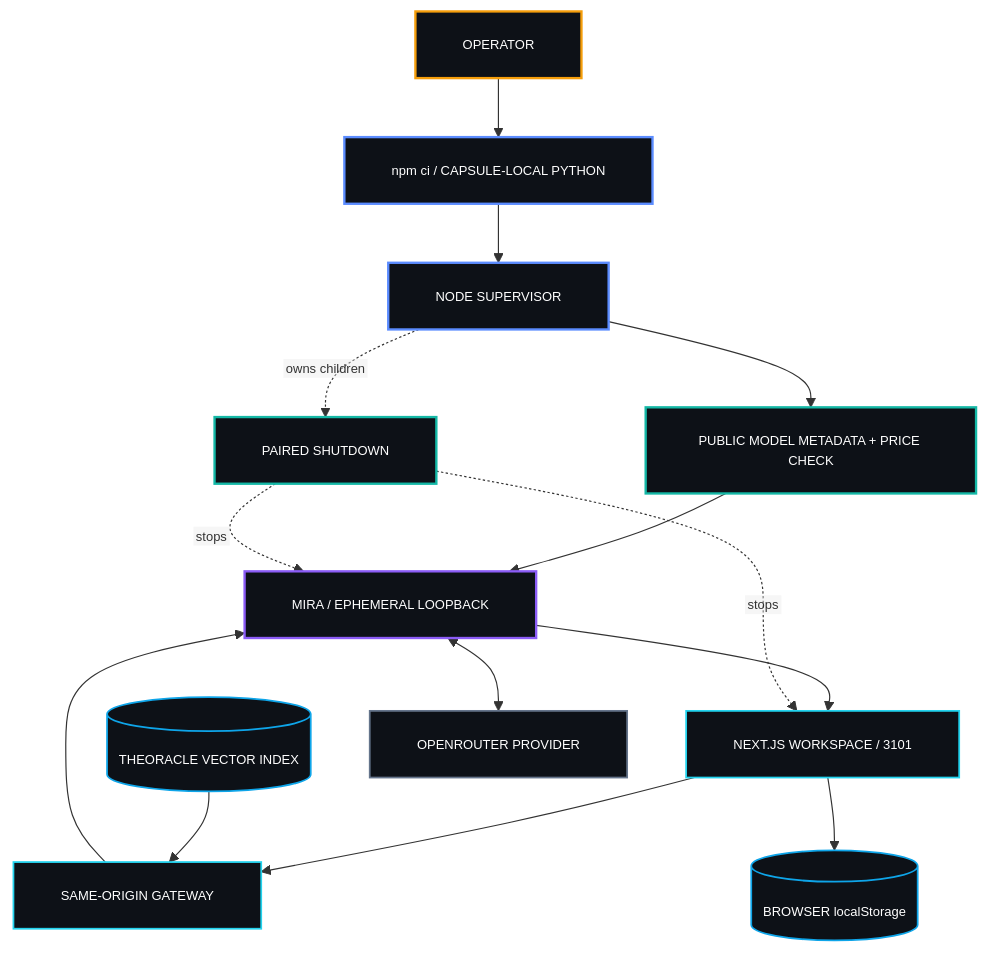
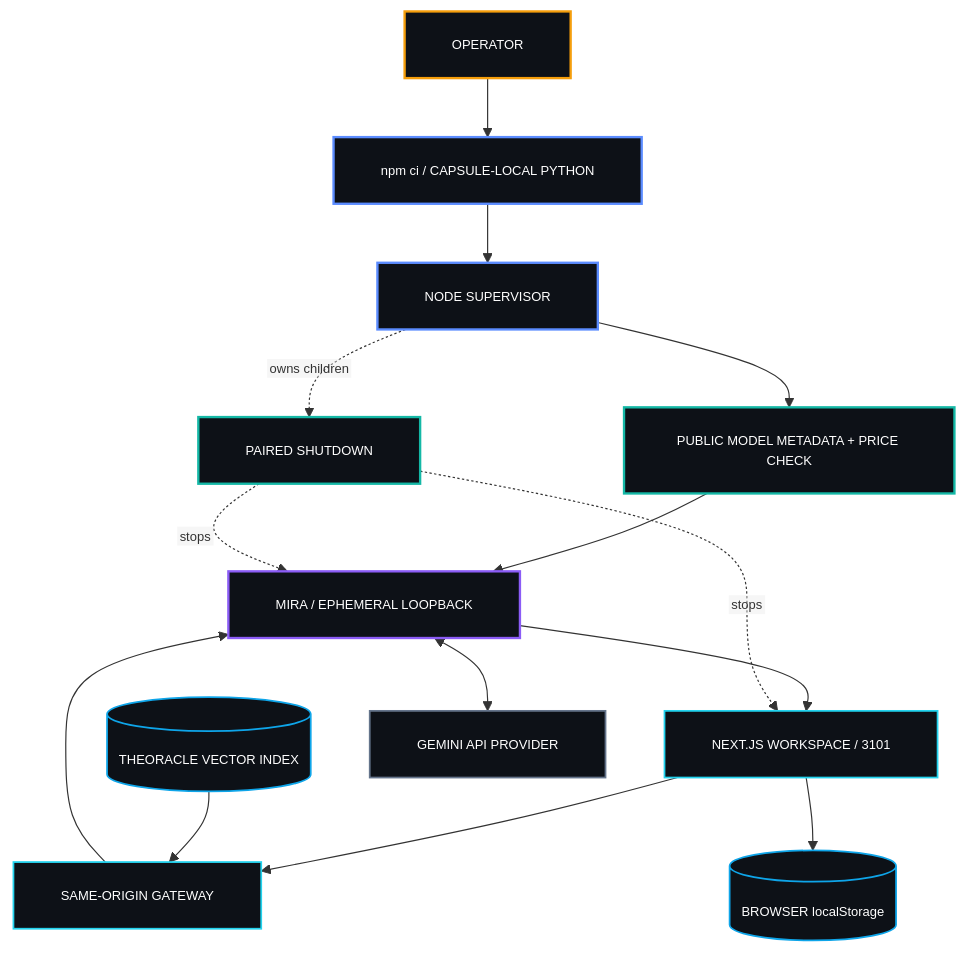
Before and after one commit to drferdi/Sentrapedia: the second of 4 diagrams in README.md, drawn with Mermaid. The commit also changed other lines of this file and 4 other files, not shown here.

````diff
--- a/README.md
+++ b/README.md
@@ -216,40 +216,40 @@
 ```mermaid
 %%{init: {"flowchart": {"htmlLabels": false, "padding": 20}, "themeVariables": {"fontFamily": "monospace", "fontSize": "11px"}}}%%
 flowchart TB
   OP["OPERATOR"]
   INSTALL["npm ci / CAPSULE-LOCAL PYTHON"]
   SUP["NODE SUPERVISOR"]
   PREFLIGHT["PUBLIC MODEL METADATA + PRICE CHECK"]
   ENGINE["MIRA / EPHEMERAL LOOPBACK"]
   WEB["NEXT.JS WORKSPACE / 3101"]
   API["SAME-ORIGIN GATEWAY"]
   SQL[("THEORACLE VECTOR INDEX")]
   BROWSER[("BROWSER localStorage")]
-  CLOUD["OPENROUTER PROVIDER"]
+  CLOUD["GEMINI API PROVIDER"]
   STOP["PAIRED SHUTDOWN"]
 
   OP --> INSTALL --> SUP --> PREFLIGHT --> ENGINE
   ENGINE --> WEB --> API
   SQL --> API
   WEB --> BROWSER
   API --> ENGINE
   ENGINE <--> CLOUD
   SUP -. owns children .-> STOP
   STOP -. stops .-> ENGINE
   STOP -. stops .-> WEB
 
   classDef authority fill:#0D1117,stroke:#F59E0B,color:#FFFFFF,stroke-width:2px;
   classDef core fill:#0D1117,stroke:#5B8CFF,color:#FFFFFF,stroke-width:2px;
   classDef surface fill:#0D1117,stroke:#22D3EE,color:#FFFFFF,stroke-width:1.5px;
   classDef agent fill:#0D1117,stroke:#8B5CF6,color:#FFFFFF,stroke-width:2px;
   classDef control fill:#0D1117,stroke:#14B8A6,color:#FFFFFF,stroke-width:2px;
   classDef data fill:#0D1117,stroke:#0EA5E9,color:#FFFFFF,stroke-width:1.5px;
   classDef shared fill:#0D1117,stroke:#64748B,color:#FFFFFF,stroke-width:1.5px;
   class OP authority;
   class INSTALL,SUP core;
   class PREFLIGHT,STOP control;
   class ENGINE agent;
   class WEB,API surface;
   class SQL,BROWSER data;
   class CLOUD shared;
 ```
````
